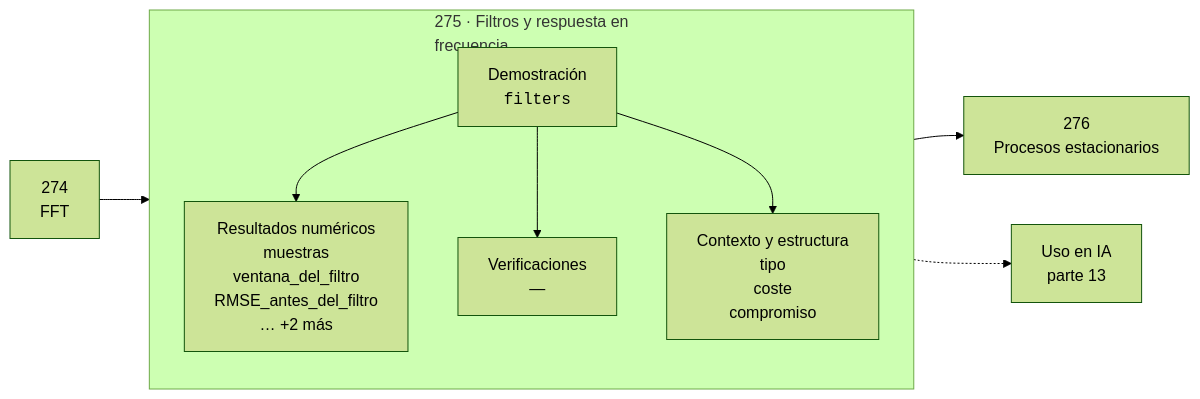
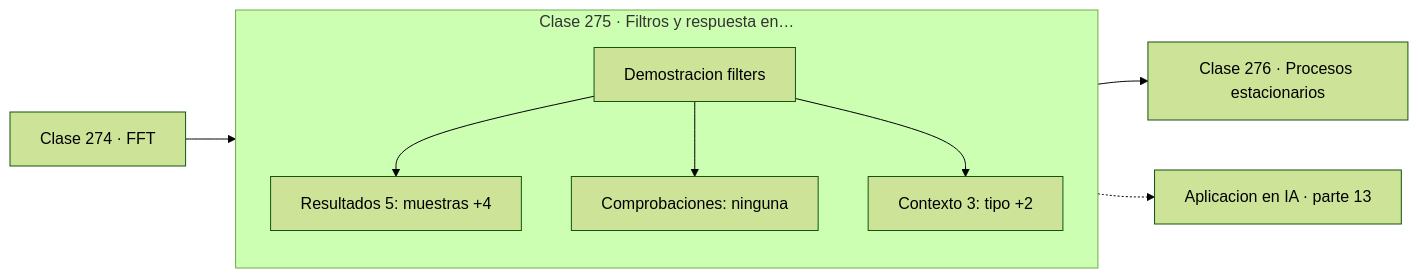
One commit to vladimiracunadev-create/computational-mathematics-program changed the diagram in classes/part-13-teoria-de-la-informacion-senales-y-series/275-filtros-y-respuesta-en-frecuencia/README.md. Above: the diagram before and after it, drawn with Mermaid (forest theme). The commit also changed 389 other files, not shown here.

First line of the commit message:
fix(diagramas): elimina el HTML de las etiquetas Mermaid

````diff
--- a/classes/part-13-teoria-de-la-informacion-senales-y-series/275-filtros-y-respuesta-en-frecuencia/README.md
+++ b/classes/part-13-teoria-de-la-informacion-senales-y-series/275-filtros-y-respuesta-en-frecuencia/README.md
@@ -30,12 +30,13 @@
 ```mermaid
 flowchart LR
-    P["274<br/>FFT"] --> C
-    subgraph C["275 · Filtros y respuesta en<br/>frecuencia"]
+    P["Clase 274 · FFT"] --> D
+    subgraph CLASE["Clase 275 · Filtros y respuesta en…"]
         direction TB
-        D["Demostración<br/><code>filters</code>"] --> R["Resultados numéricos<br/>muestras<br/>ventana_del_filtro<br/>RMSE_antes_del_filtro<br/>… +2 más"]
-        D --> V["Verificaciones<br/>—"]
-        D --> O["Contexto y estructura<br/>tipo<br/>coste<br/>compromiso"]
+        D["Demostracion filters"]
+        D --> R["Resultados 5: muestras +4"]
+        D --> V["Comprobaciones: ninguna"]
+        D --> O["Contexto 3: tipo +2"]
     end
-    C --> N["276<br/>Procesos estacionarios"]
-    C -.-> IA["Uso en IA<br/>parte 13"]
+    R --> N["Clase 276 · Procesos estacionarios"]
+    V -.-> IA["Aplicacion en IA · parte 13"]
 ```
````
